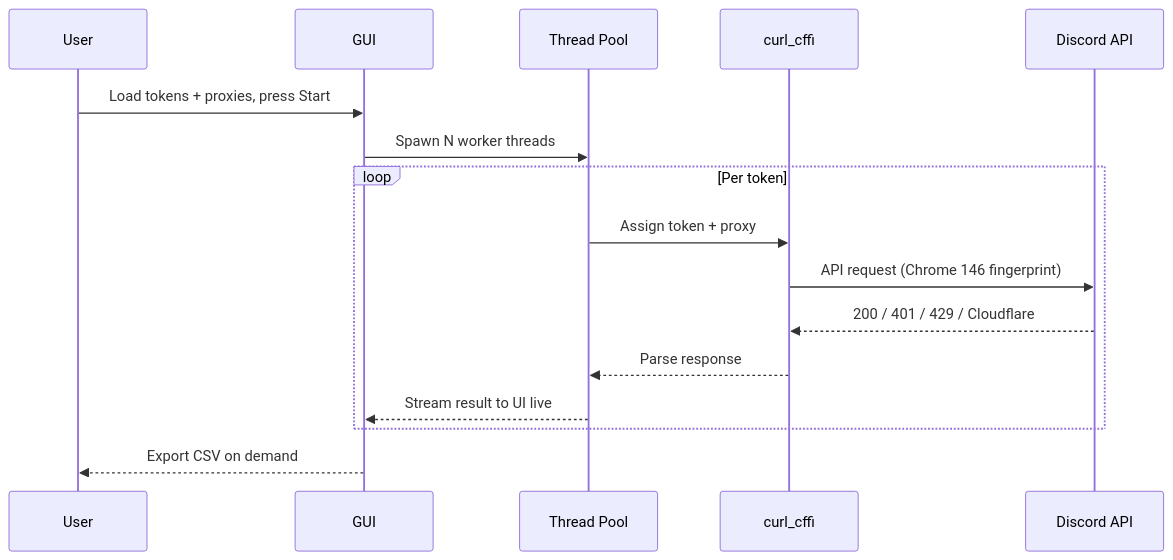
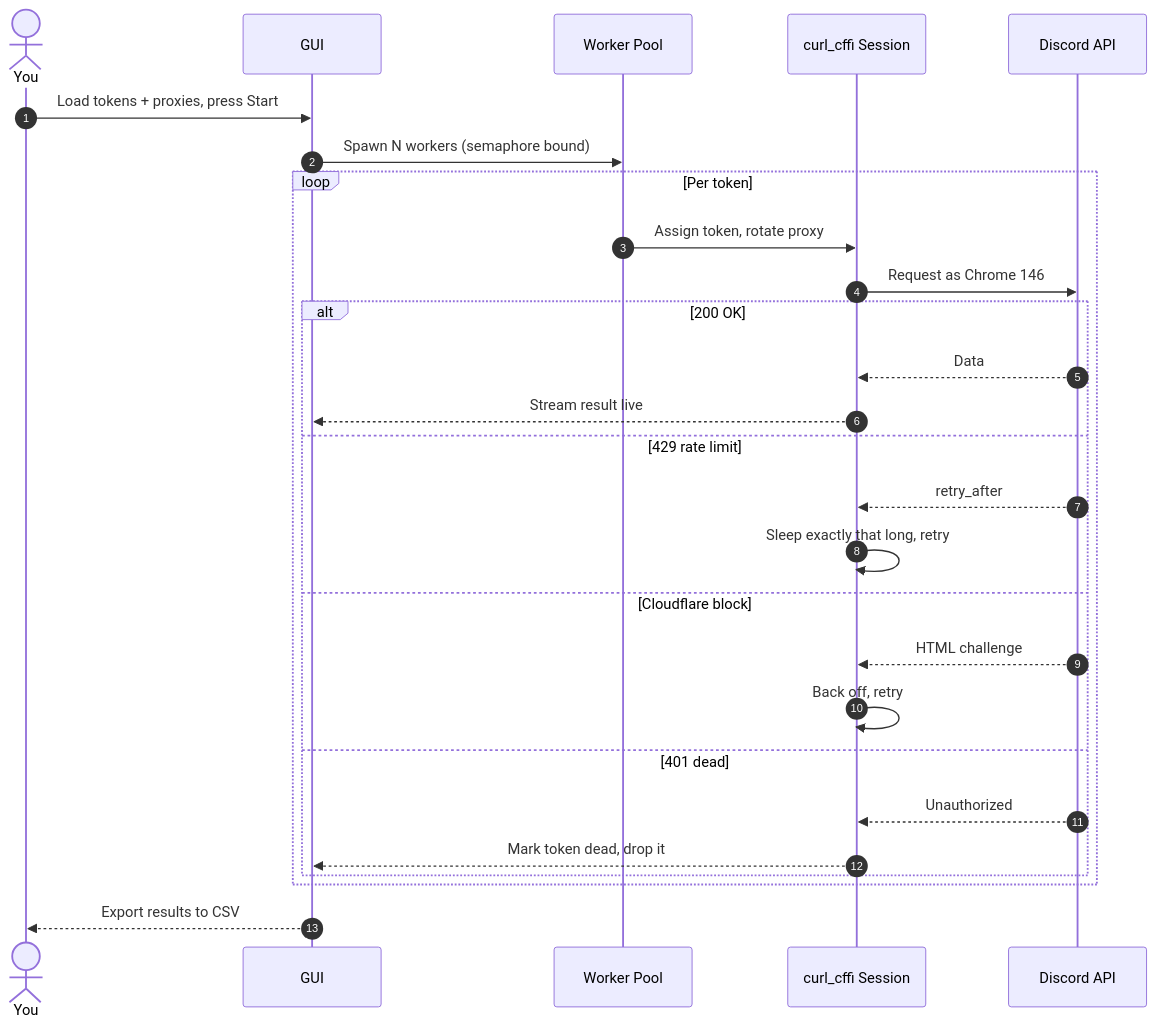
One commit to R3CI/DiscordReaper changed the diagram in README.md. Above: the diagram before and after it, drawn with Mermaid. The commit also changed other lines of this file, not shown here.

````diff
--- a/README.md
+++ b/README.md
@@ -106,19 +87,30 @@
 ```mermaid
 sequenceDiagram
-    participant U as User
+    autonumber
+    actor U as You
     participant G as GUI
-    participant Pool as Thread Pool
-    participant H as curl_cffi
+    participant P as Worker Pool
+    participant C as curl_cffi Session
     participant D as Discord API
 
     U->>G: Load tokens + proxies, press Start
-    G->>Pool: Spawn N worker threads
+    G->>P: Spawn N workers (semaphore bound)
     loop Per token
-        Pool->>H: Assign token + proxy
-        H->>D: API request (Chrome 146 fingerprint)
-        D-->>H: 200 / 401 / 429 / Cloudflare
-        H-->>Pool: Parse response
-        Pool-->>G: Stream result to UI live
+        P->>C: Assign token, rotate proxy
+        C->>D: Request as Chrome 146
+        alt 200 OK
+            D-->>C: Data
+            C-->>G: Stream result live
+        else 429 rate limit
+            D-->>C: retry_after
+            C->>C: Sleep exactly that long, retry
+        else Cloudflare block
+            D-->>C: HTML challenge
+            C->>C: Back off, retry
+        else 401 dead
+            D-->>C: Unauthorized
+            C-->>G: Mark token dead, drop it
+        end
     end
-    G-->>U: Export CSV on demand
+    G-->>U: Export results to CSV
 ```
````
